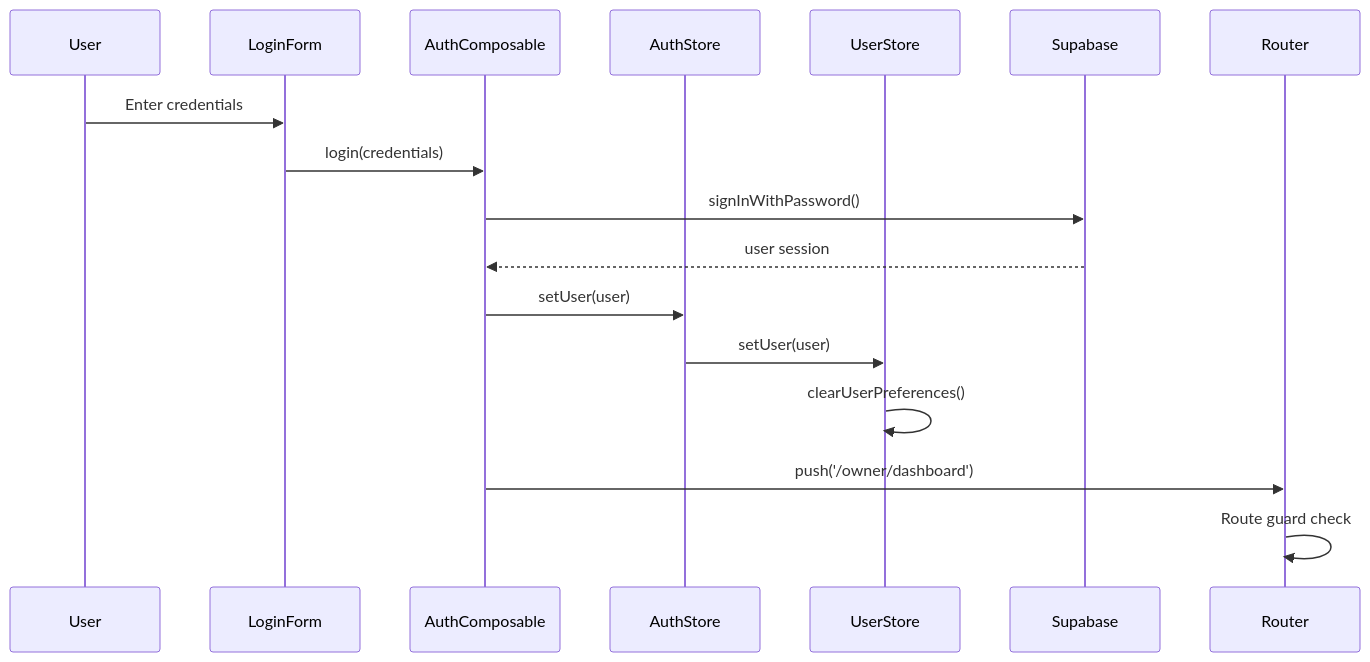
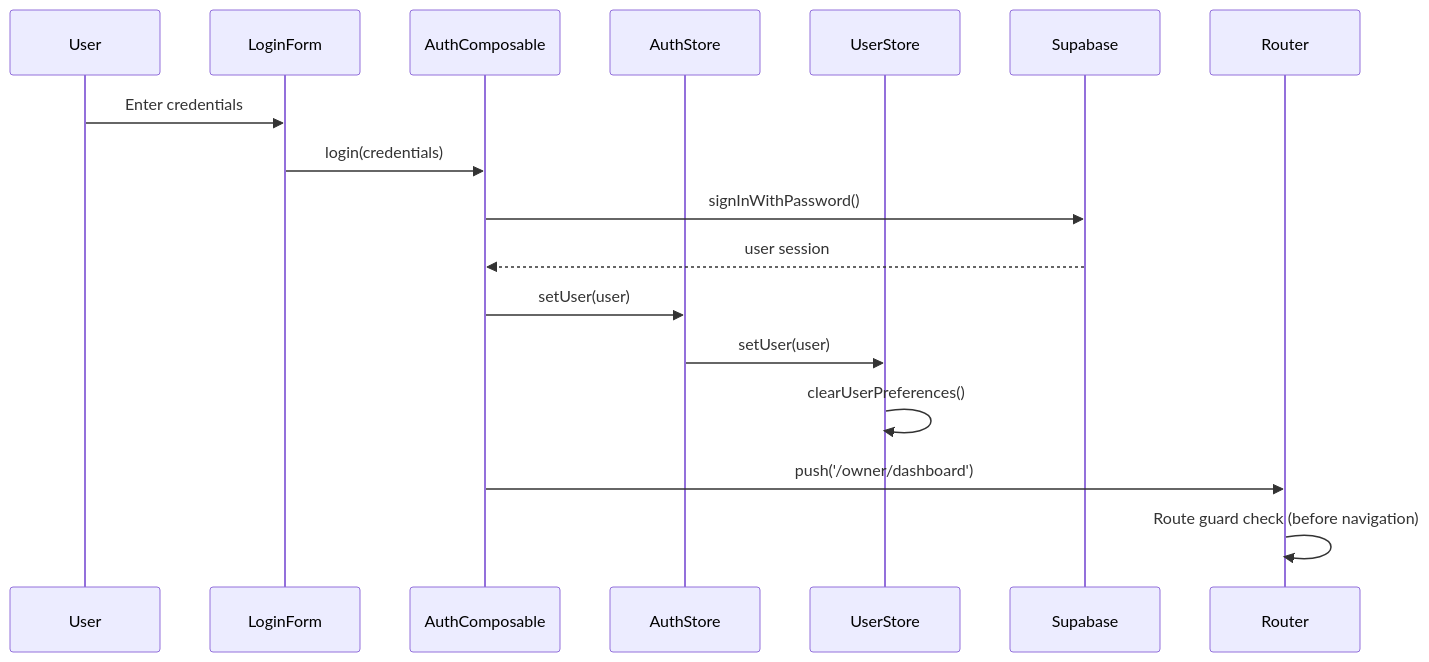
Before and after one commit to Sorenv6543/claro4: the second of 13 diagrams in docs/function-call-flow-analysis.md, drawn with Mermaid. The commit also changed 5 other files, not shown here.

````diff
--- a/docs/function-call-flow-analysis.md
+++ b/docs/function-call-flow-analysis.md
@@ -63,20 +63,20 @@
 ```mermaid
 sequenceDiagram
     participant User
     participant LoginForm
     participant AuthComposable
     participant AuthStore
     participant UserStore
     participant Supabase
     participant Router
     
     User->>LoginForm: Enter credentials
     LoginForm->>AuthComposable: login(credentials)
     AuthComposable->>Supabase: signInWithPassword()
     Supabase-->>AuthComposable: user session
     AuthComposable->>AuthStore: setUser(user)
     AuthStore->>UserStore: setUser(user)
     UserStore->>UserStore: clearUserPreferences()
     AuthComposable->>Router: push('/owner/dashboard')
-    Router->>Router: Route guard check
+    Router->>Router: Route guard check (before navigation)
 ```
````
